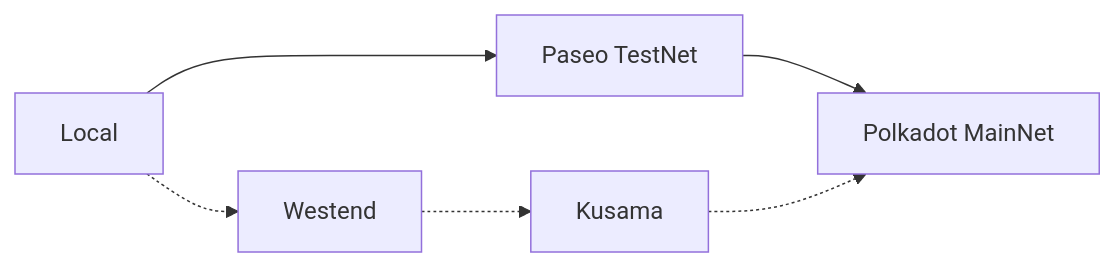
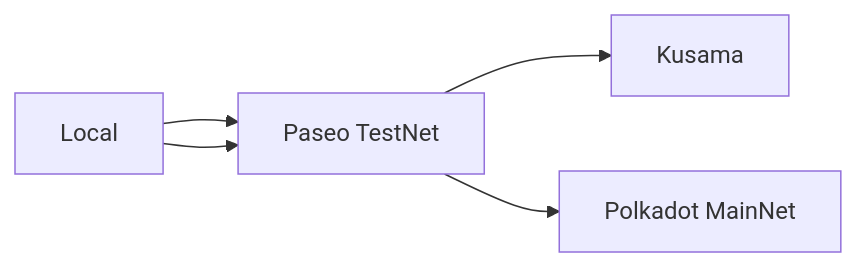
The diagram in reference/parachains/networks.md (polkadot-developers/polkadot-docs), drawn with Mermaid before and after one commit. The commit also changed other lines of this file, not shown here.

````diff
--- a/reference/parachains/networks.md
+++ b/reference/parachains/networks.md
@@ -17,5 +17,5 @@
 ``` mermaid
 flowchart LR
-    id1[Local] --> id3[Paseo TestNet] --> id5[Polkadot MainNet]
-    id1[Local] -.-> id2[Westend] -.-> id4[Kusama] -.-> id5[Polkadot MainNet]
+    id1[Local] --> id2[Paseo TestNet] --> id3[Kusama]
+    id1[Local] --> id2[Paseo TestNet] --> id4[Polkadot MainNet]
 ```
````
